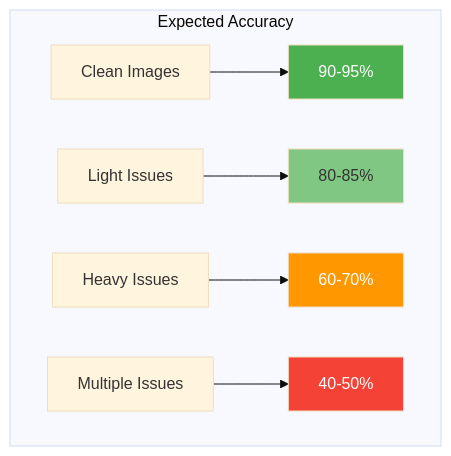
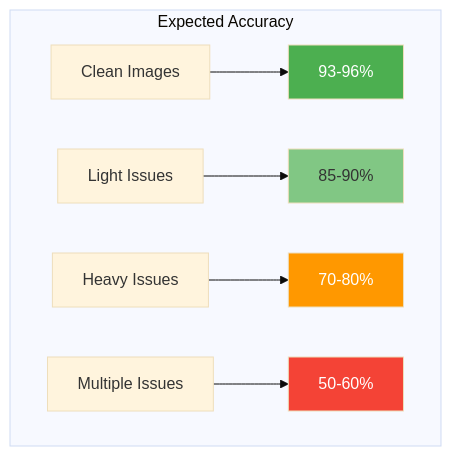
Diagram 12 of 16 in docs/workflow_complete_guide.md (SITES-spectral/phenocai), drawn with Mermaid (base theme) before and after one commit. The commit also changed other lines of this file and 20 other files, not shown here.

````diff
--- a/docs/workflow_complete_guide.md
+++ b/docs/workflow_complete_guide.md
@@ -385,14 +419,14 @@
 ```mermaid
 graph TD
     subgraph Expected Accuracy
-        A[Clean Images] --> B[90-95%]
-        C[Light Issues] --> D[80-85%]
-        E[Heavy Issues] --> F[60-70%]
-        G[Multiple Issues] --> H[40-50%]
+        A[Clean Images] --> B[93-96%]
+        C[Light Issues] --> D[85-90%]
+        E[Heavy Issues] --> F[70-80%]
+        G[Multiple Issues] --> H[50-60%]
     end
     
     style B fill:#4caf50,color:#fff
     style D fill:#81c784
     style F fill:#ff9800,color:#fff
     style H fill:#f44336,color:#fff
 ```
````
